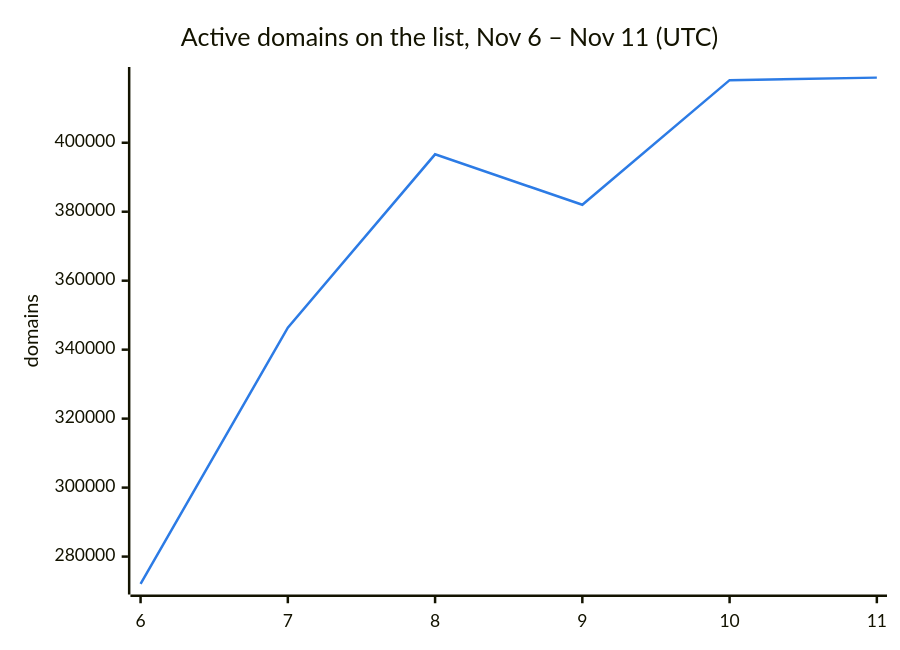
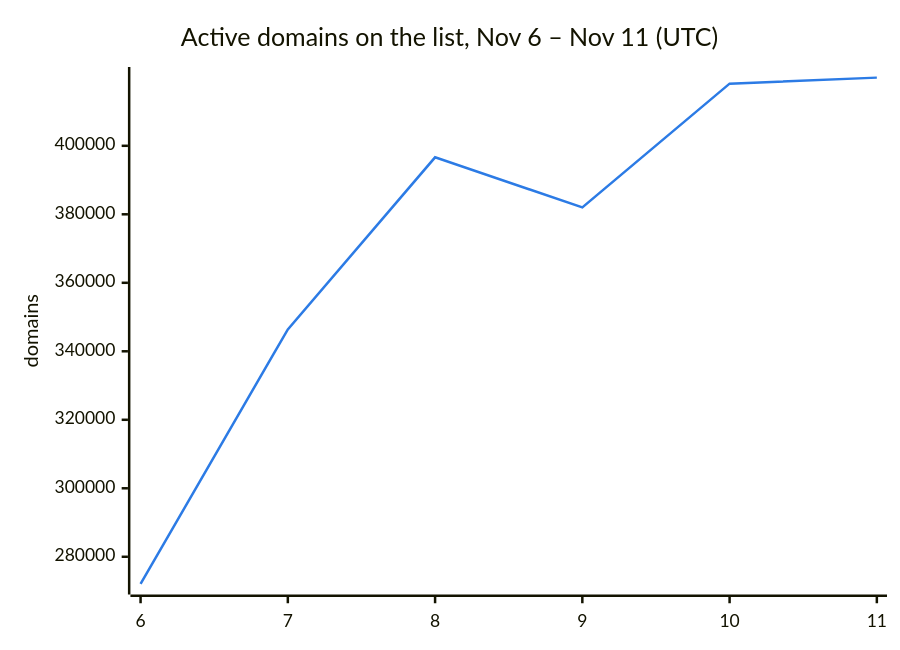
One commit to DNSBunker/CTI changed the second of 3 diagrams in README.md. Above: the diagram before and after it, drawn with Mermaid. The commit also changed other lines of this file and 3 other files, not shown here.

````diff
--- a/README.md
+++ b/README.md
@@ -38,8 +38,8 @@
 ```mermaid
 %%{init: {"themeVariables": {"xyChart": {"plotColorPalette": "#2c7be5"}}}}%%
 xychart-beta
     title "Active domains on the list, Nov 6 – Nov 11 (UTC)"
     x-axis ["6", "7", "8", "9", "10", "11"]
     y-axis "domains"
-    line [272088, 346388, 396638, 382009, 418143, 418880]
+    line [272088, 346388, 396638, 382009, 418143, 419907]
 ```
````
